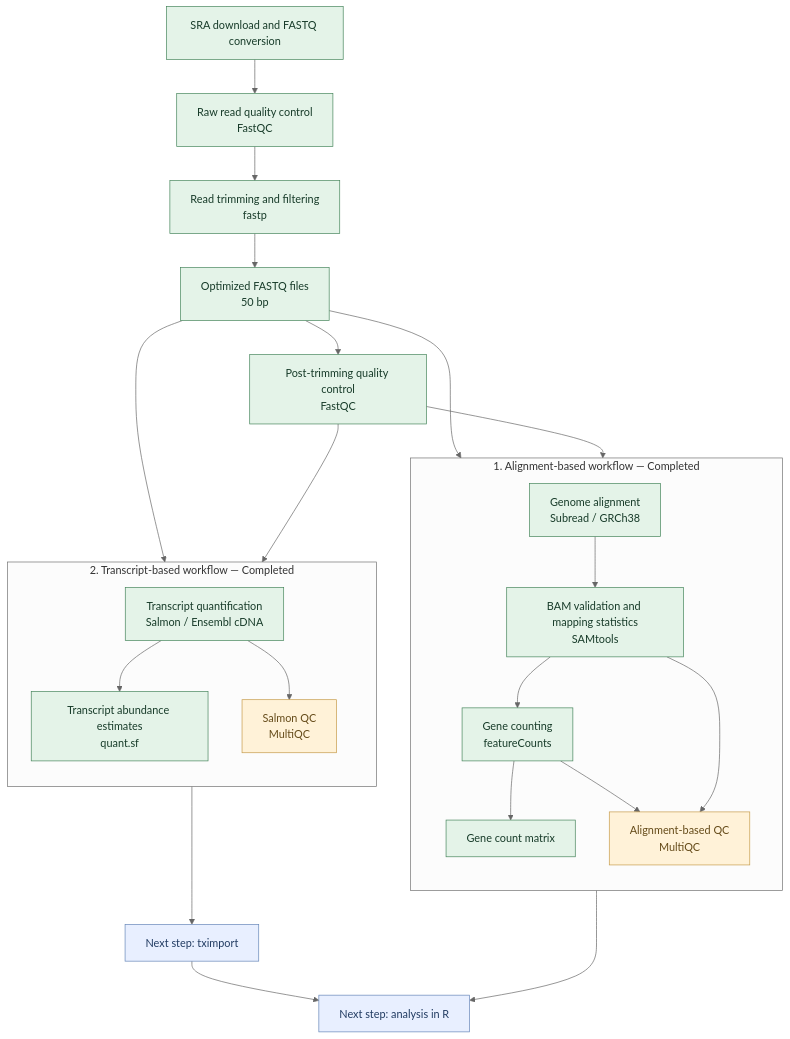
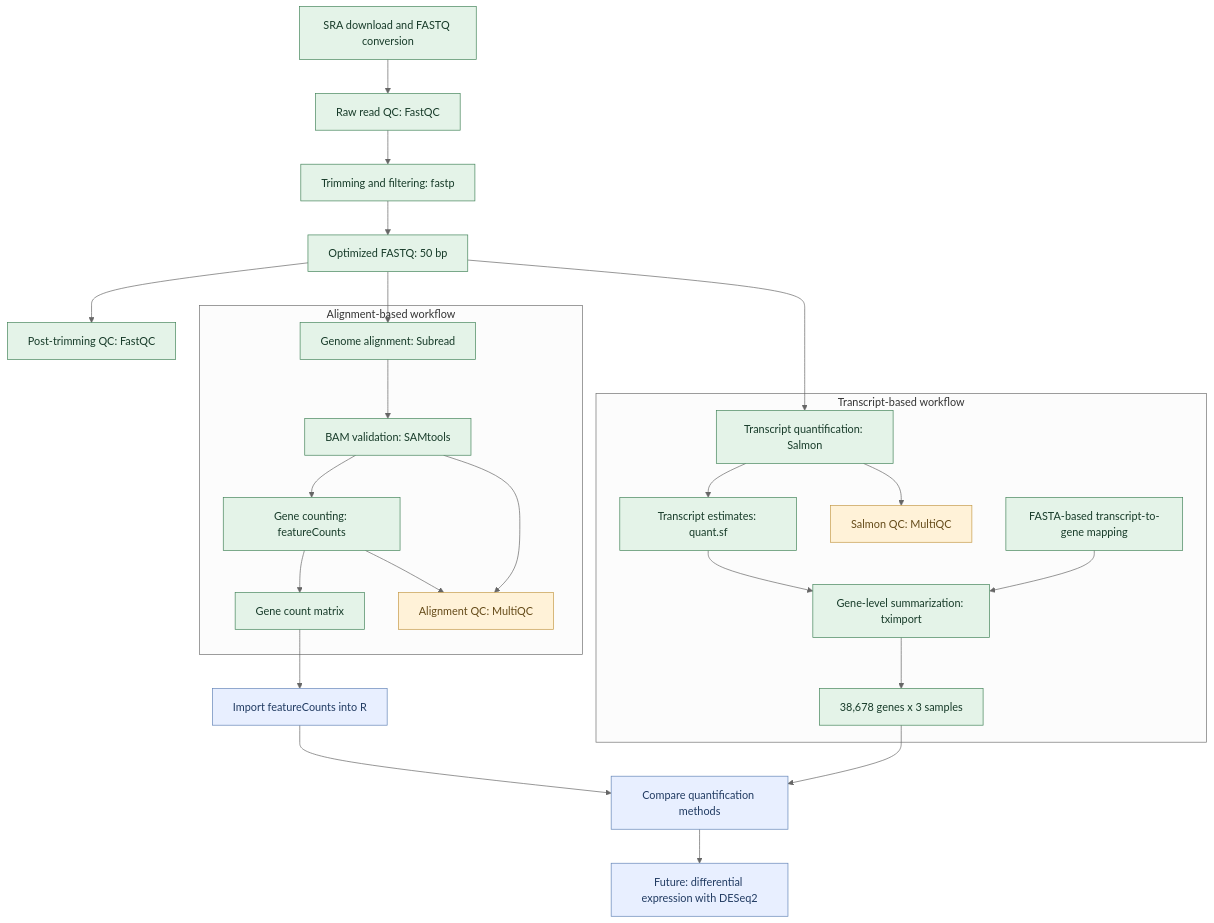
The diagram in README.md (viancyrn/prueba_RNA-seq_analisis), drawn with Mermaid (neutral theme) before and after one commit. The commit also changed other lines of this file, not shown here.

Commit message:
Added next steps in the analysis pipeline

````diff
--- a/README.md
+++ b/README.md
@@ -134,51 +145,49 @@
 ```mermaid
 flowchart TB
     A["SRA download and FASTQ conversion"]
-    B["Raw read quality control<br/>FastQC"]
-    C["Read trimming and filtering<br/>fastp"]
-    D["Optimized FASTQ files<br/>50 bp"]
-    E["Post-trimming quality control<br/>FastQC"]
+    B["Raw read QC: FastQC"]
+    C["Trimming and filtering: fastp"]
+    D["Optimized FASTQ: 50 bp"]
+    E["Post-trimming QC: FastQC"]
 
-    A --> B --> C --> D
-    D --> E
+    A --> B --> C --> D --> E
 
-    subgraph AB["1. Alignment-based workflow — Completed"]
-        direction TB
-        F["Genome alignment<br/>Subread / GRCh38"]
-        G["BAM validation and mapping statistics<br/>SAMtools"]
-        H["Gene counting<br/>featureCounts"]
+    subgraph AB["Alignment-based workflow"]
+        F["Genome alignment: Subread"]
+        G["BAM validation: SAMtools"]
+        H["Gene counting: featureCounts"]
         I["Gene count matrix"]
-        J["Alignment-based QC<br/>MultiQC"]
-
+        J["Alignment QC: MultiQC"]
         F --> G --> H --> I
         G --> J
         H --> J
     end
 
-    subgraph AF["2. Transcript-based workflow — Completed"]
-        direction TB
-        K["Transcript quantification<br/>Salmon / Ensembl cDNA"]
-        L["Transcript abundance estimates<br/>quant.sf"]
-        M["Salmon QC<br/>MultiQC"]
-
-        K --> L
+    subgraph TBW["Transcript-based workflow"]
+        K["Transcript quantification: Salmon"]
+        L["Transcript estimates: quant.sf"]
+        M["Salmon QC: MultiQC"]
+        O["FASTA-based transcript-to-gene mapping"]
+        P["Gene-level summarization: tximport"]
+        Q["38,678 genes x 3 samples"]
+        K --> L --> P --> Q
+        O --> P
         K --> M
     end
 
     D --> F
     D --> K
-    E --> J
-    E --> M
 
-    I --> N["Next step: analysis in R"]
-    L --> O["Next step: tximport"]
-    O --> N
+    I --> R["Import featureCounts into R"]
+    Q --> S["Compare quantification methods"]
+    R --> S
+    S --> N["Future: differential expression with DESeq2"]
 
     classDef completed fill:#e4f3e8,stroke:#44845a,color:#173b29
     classDef planned fill:#e8efff,stroke:#6485b7,color:#213b62
     classDef report fill:#fff2d8,stroke:#c59a48,color:#654b19
 
-    class A,B,C,D,E,F,G,H,I,K,L completed
-    class N,O planned
+    class A,B,C,D,E,F,G,H,I,K,L,O,P,Q completed
+    class R,S,N planned
     class J,M report
 ```
````
